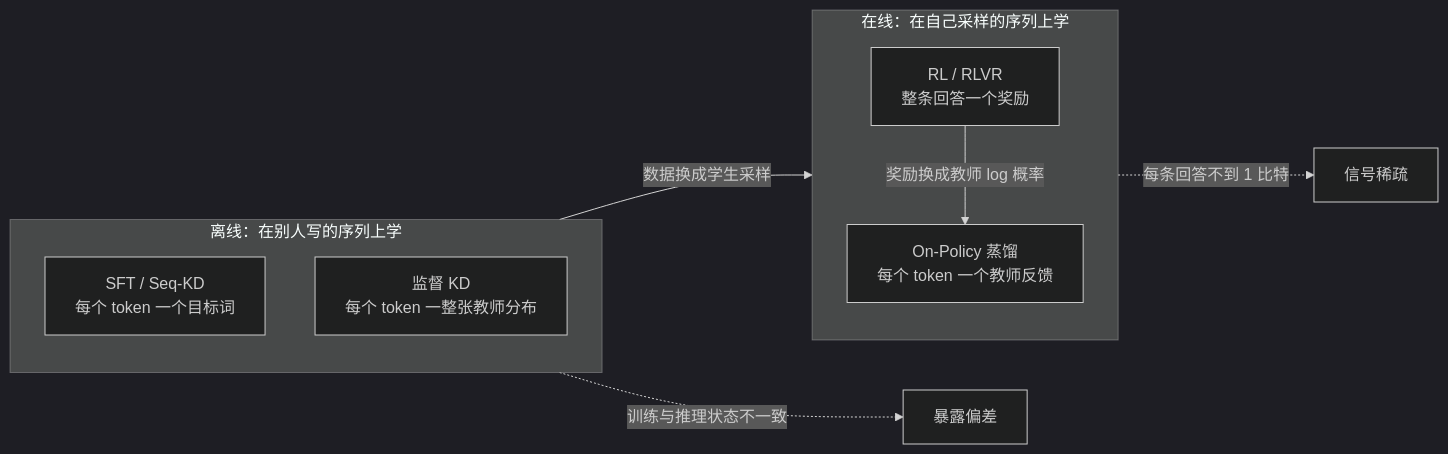
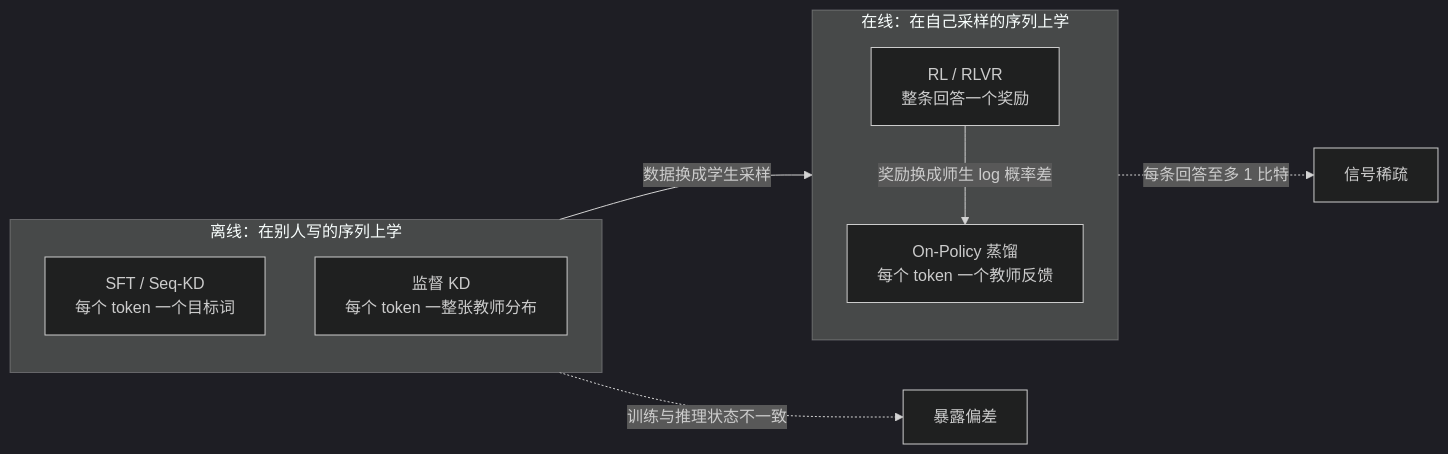
The first of 3 diagrams in docs/topics/opd.md (localityv-hash/flash-jax), drawn with Mermaid (dark theme) before and after one commit. The commit also changed other lines of this file and 24 other files, not shown here.

````diff
--- a/docs/topics/opd.md
+++ b/docs/topics/opd.md
@@ -50,17 +58,17 @@
 ```mermaid OPD 同时继承 RL 的“在线采样”和蒸馏的“稠密信号”
 flowchart LR
   subgraph OFF["离线：在别人写的序列上学"]
     direction TB
     SFT["SFT / Seq-KD<br/>每个 token 一个目标词"]
     KD["监督 KD<br/>每个 token 一整张教师分布"]
   end
   subgraph ON["在线：在自己采样的序列上学"]
     direction TB
     RL["RL / RLVR<br/>整条回答一个奖励"]
     OPD["On-Policy 蒸馏<br/>每个 token 一个教师反馈"]
   end
   KD -->|"数据换成学生采样"| OPD
-  RL -->|"奖励换成教师 log 概率"| OPD
+  RL -->|"奖励换成师生 log 概率差"| OPD
   SFT -.->|"训练与推理状态不一致"| EB["暴露偏差"]
-  RL -.->|"每条回答不到 1 比特"| SP["信号稀疏"]
+  RL -.->|"每条回答至多 1 比特"| SP["信号稀疏"]
 ```
````
